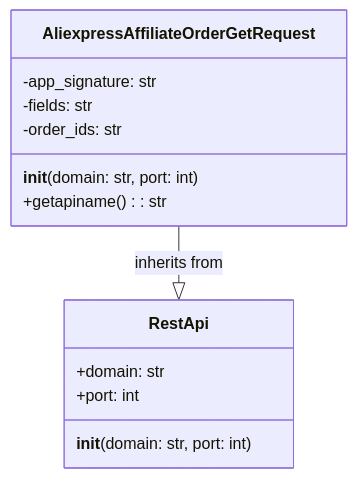
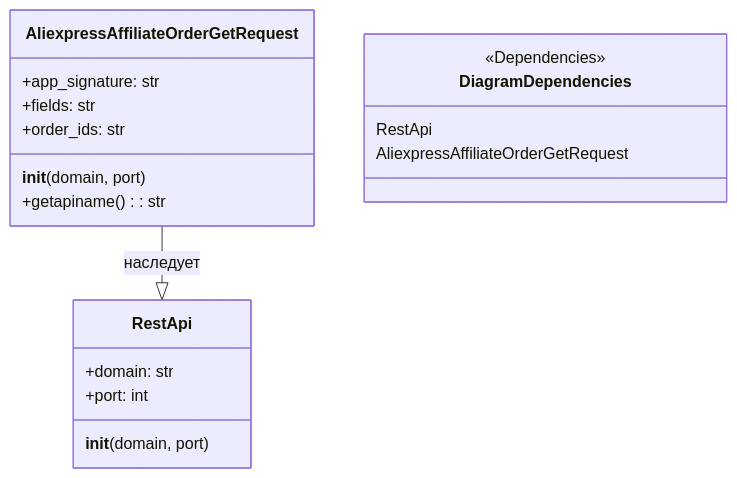
The second of 2 diagrams in docs/gemini/ru/explainer/src/suppliers/aliexpress/api/_examples/rest/AliexpressAffiliateOrderGetRequest.py.md (hypo69/hypo), drawn with Mermaid before and after one commit. The commit also changed other lines of this file and 1505 other files, not shown here.

````diff
--- a/docs/gemini/ru/explainer/src/suppliers/aliexpress/api/_examples/rest/AliexpressAffiliateOrderGetRequest.py.md
+++ b/docs/gemini/ru/explainer/src/suppliers/aliexpress/api/_examples/rest/AliexpressAffiliateOrderGetRequest.py.md
@@ -30,16 +37,22 @@
 ```mermaid
 classDiagram
     class RestApi {
         +domain: str
         +port: int
-        __init__(domain: str, port: int)
+        __init__(domain, port)
     }
     class AliexpressAffiliateOrderGetRequest {
-        -app_signature: str
-        -fields: str
-        -order_ids: str
-        __init__(domain: str, port: int)
+        +app_signature: str
+        +fields: str
+        +order_ids: str
+        __init__(domain, port)
         +getapiname(): str
     }
-    AliexpressAffiliateOrderGetRequest --|> RestApi : inherits from
+    AliexpressAffiliateOrderGetRequest --|> RestApi : наследует
+
+    class DiagramDependencies {
+        <<Dependencies>>
+        RestApi
+        AliexpressAffiliateOrderGetRequest
+    }
 ```
````
